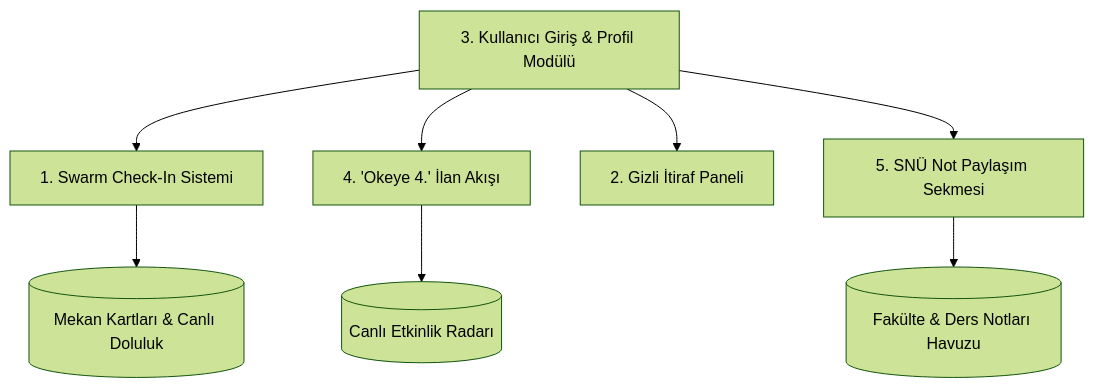
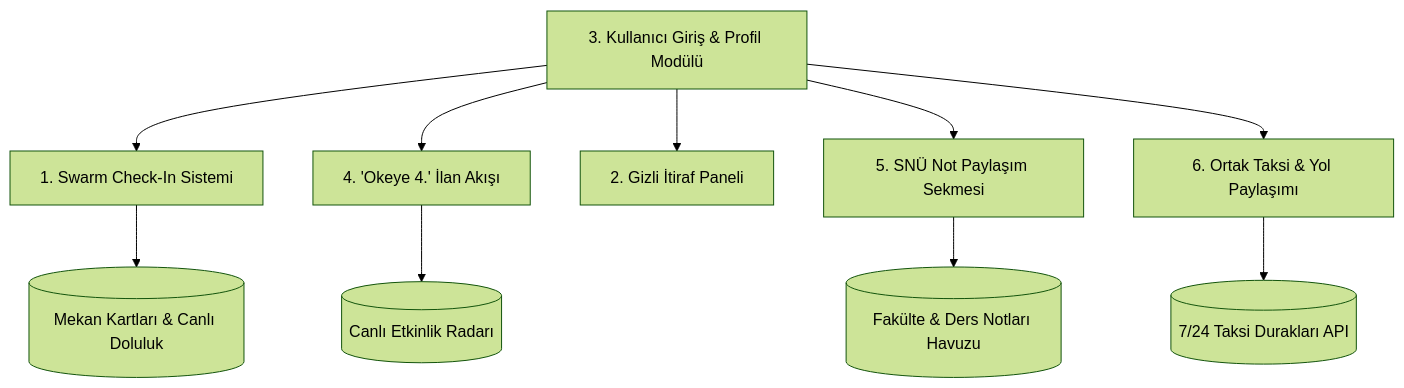
Before and after one commit to aykutyesil/sinopcepte: the diagram in ROADMAP.md, drawn with Mermaid (forest theme). The commit also changed other lines of this file and 1 other file, not shown here.

Commit message:
docs: Yol haritasına uzak mesafe ortak taksi (taxi pooling) modülü eklendi

````diff
--- a/ROADMAP.md
+++ b/ROADMAP.md
@@ -75,10 +94,12 @@
 ```mermaid
 flowchart TD
     Auth[3. Kullanıcı Giriş & Profil Modülü] --> CheckIn[1. Swarm Check-In Sistemi]
     Auth --> Feed[4. 'Okeye 4.' İlan Akışı]
     Auth --> Itiraf[2. Gizli İtiraf Paneli]
     Auth --> Kampus[5. SNÜ Not Paylaşım Sekmesi]
+    Auth --> OrtakTaksi[6. Ortak Taksi & Yol Paylaşımı]
     CheckIn --> Mekanlar[(Mekan Kartları & Canlı Doluluk)]
     Feed --> SosyalRadar[(Canlı Etkinlik Radarı)]
     Kampus --> NotArsivi[(Fakülte & Ders Notları Havuzu)]
+    OrtakTaksi --> TaksiDuraklari[(7/24 Taksi Durakları API)]
 ```
````
